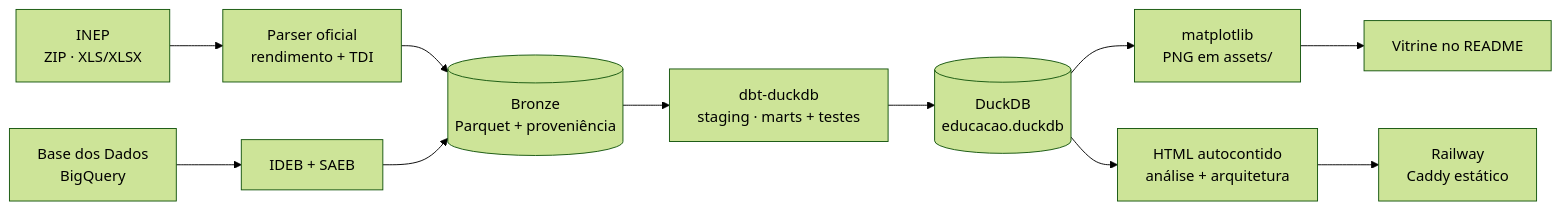
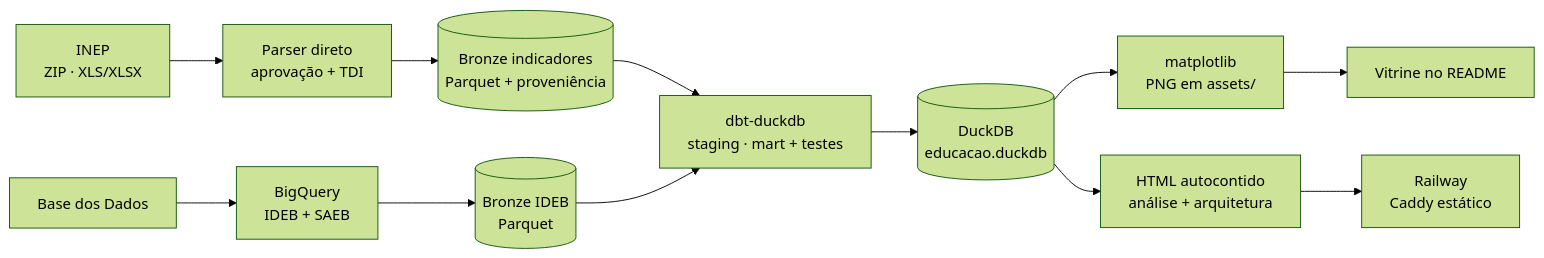
The diagram in README.md (leonardo-michelotti/observatorio-educacao-rs), drawn with Mermaid (forest theme) before and after one commit. The commit also changed other lines of this file and 6 other files, not shown here.

````diff
--- a/README.md
+++ b/README.md
@@ -115,13 +115,14 @@
 ```mermaid
 flowchart LR
-  INEP[INEP<br/>ZIP · XLS/XLSX] --> ING1[Parser oficial<br/>rendimento + TDI]
-  BQ[Base dos Dados<br/>BigQuery] --> ING2[IDEB + SAEB]
-  ING1 --> BRONZE[(Bronze<br/>Parquet + proveniência)]
-  ING2 --> BRONZE
-  BRONZE --> DBT[dbt-duckdb<br/>staging · marts + testes]
+  INEP[INEP<br/>ZIP · XLS/XLSX] --> ING1[Parser direto<br/>aprovação + TDI]
+  BD[Base dos Dados] --> BQ[BigQuery<br/>IDEB + SAEB]
+  ING1 --> BRONZE1[(Bronze indicadores<br/>Parquet + proveniência)]
+  BQ --> BRONZE2[(Bronze IDEB<br/>Parquet)]
+  BRONZE1 --> DBT[dbt-duckdb<br/>staging · mart + testes]
+  BRONZE2 --> DBT
   DBT --> DUCK[(DuckDB<br/>educacao.duckdb)]
   DUCK --> CHARTS[matplotlib<br/>PNG em assets/]
   DUCK --> PAGES[HTML autocontido<br/>análise + arquitetura]
   CHARTS --> README[Vitrine no README]
   PAGES --> WEB[Railway<br/>Caddy estático]
 ```
````
